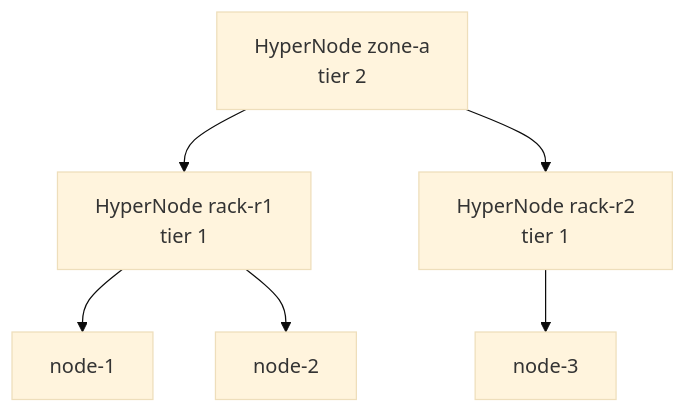
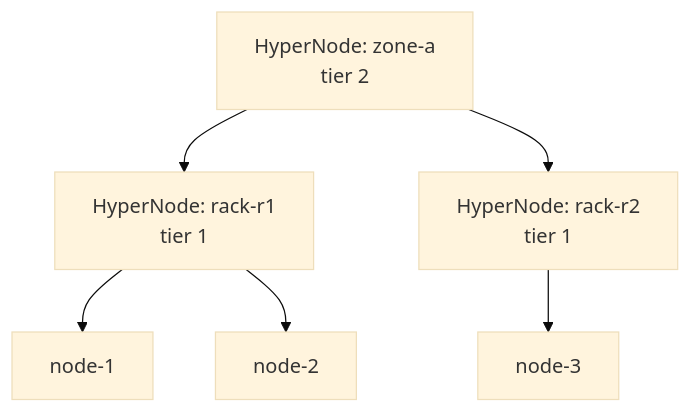
The seventh of 11 diagrams in docs/research/k8s-workload-aware-scheduling-vs-volcano.md (JesseStutler/volcano), drawn with Mermaid (base theme) before and after one commit. The commit also changed other lines of this file and 1 other file, not shown here.

````diff
--- a/docs/research/k8s-workload-aware-scheduling-vs-volcano.md
+++ b/docs/research/k8s-workload-aware-scheduling-vs-volcano.md
@@ -425,14 +346,14 @@
 ```mermaid
 flowchart TD
-    H2["HyperNode zone-a<br/>tier 2"]
-    H11["HyperNode rack-r1<br/>tier 1"]
-    H12["HyperNode rack-r2<br/>tier 1"]
+    H2["HyperNode: zone-a<br/>tier 2"]
+    H11["HyperNode: rack-r1<br/>tier 1"]
+    H12["HyperNode: rack-r2<br/>tier 1"]
     VN1["node-1"]
     VN2["node-2"]
     VN3["node-3"]
     H2 --> H11
     H2 --> H12
     H11 --> VN1
     H11 --> VN2
     H12 --> VN3
 ```
````
